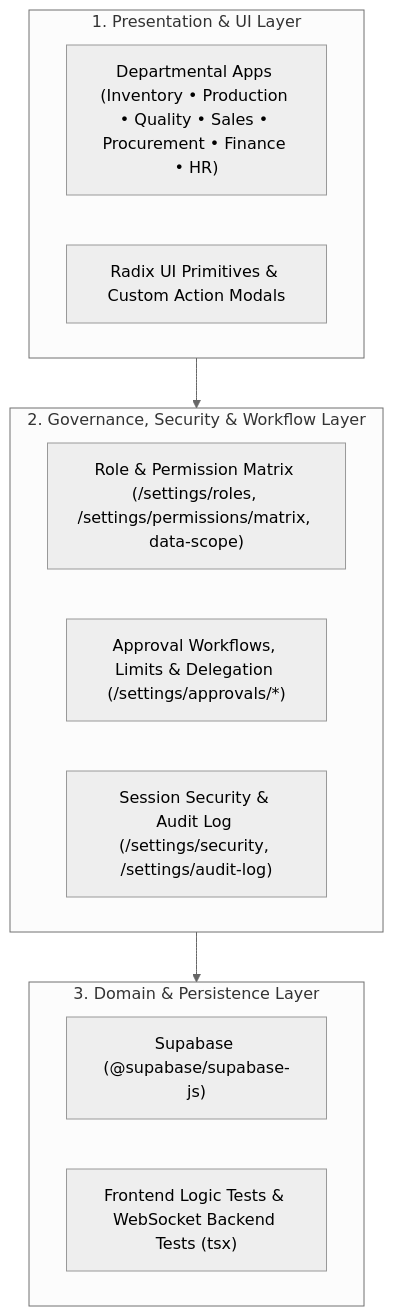
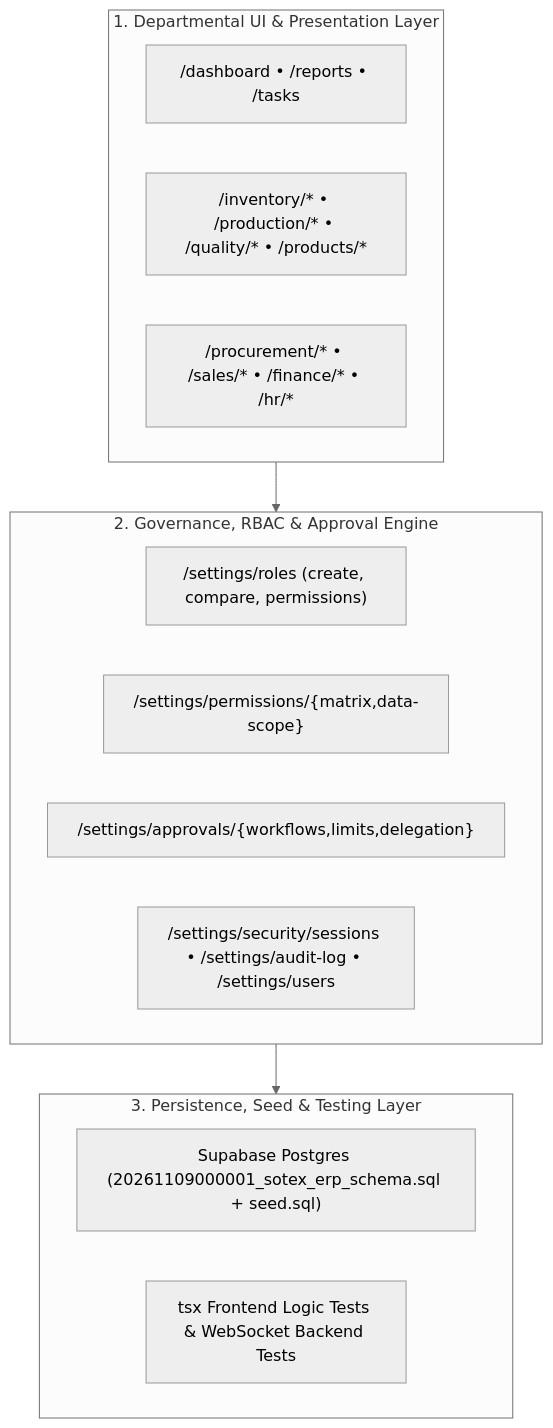
The first of 2 diagrams in README.md (islamsamyy/sotexerp), drawn with Mermaid (neutral theme) before and after one commit. The commit also changed other lines of this file, not shown here.

Commit message:
docs: add ultra-detailed architecture, schemas, visual showcase, APIs, and business ROI

````diff
--- a/README.md
+++ b/README.md
@@ -14,20 +39,22 @@
 ```mermaid
 flowchart TB
-    subgraph L1["1. Presentation & UI Layer"]
-        Modules["Departmental Apps (Inventory • Production • Quality • Sales • Procurement • Finance • HR)"]
-        UI["Radix UI Primitives & Custom Action Modals"]
+    subgraph L1["1. Departmental UI & Presentation Layer"]
+        Core["/dashboard • /reports • /tasks"]
+        Mfg["/inventory/* • /production/* • /quality/* • /products/*"]
+        BackOffice["/procurement/* • /sales/* • /finance/* • /hr/*"]
     end
 
-    subgraph L2["2. Governance, Security & Workflow Layer"]
-        RBAC["Role & Permission Matrix (/settings/roles, /settings/permissions/matrix, data-scope)"]
-        Approvals["Approval Workflows, Limits & Delegation (/settings/approvals/*)"]
-        Audit["Session Security & Audit Log (/settings/security, /settings/audit-log)"]
+    subgraph L2["2. Governance, RBAC & Approval Engine"]
+        Roles["/settings/roles (create, compare, permissions)"]
+        Scope["/settings/permissions/{matrix,data-scope}"]
+        Approvals["/settings/approvals/{workflows,limits,delegation}"]
+        Sec["/settings/security/sessions • /settings/audit-log • /settings/users"]
     end
 
-    subgraph L3["3. Domain & Persistence Layer"]
-        Supa["Supabase (@supabase/supabase-js)"]
-        Tests["Frontend Logic Tests & WebSocket Backend Tests (tsx)"]
+    subgraph L3["3. Persistence, Seed & Testing Layer"]
+        Supa["Supabase Postgres (20261109000001_sotex_erp_schema.sql + seed.sql)"]
+        Tests["tsx Frontend Logic Tests & WebSocket Backend Tests"]
     end
 
     L1 --> L2 --> L3
 ```
````
